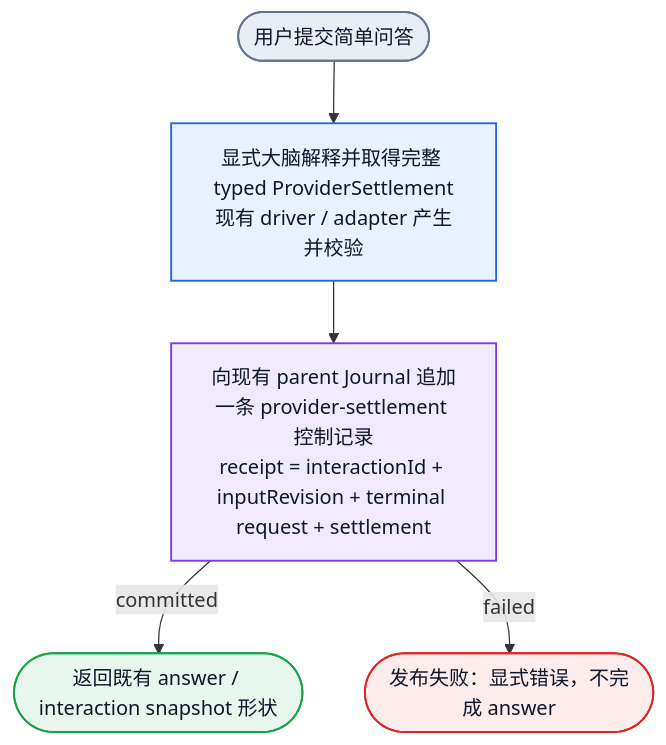
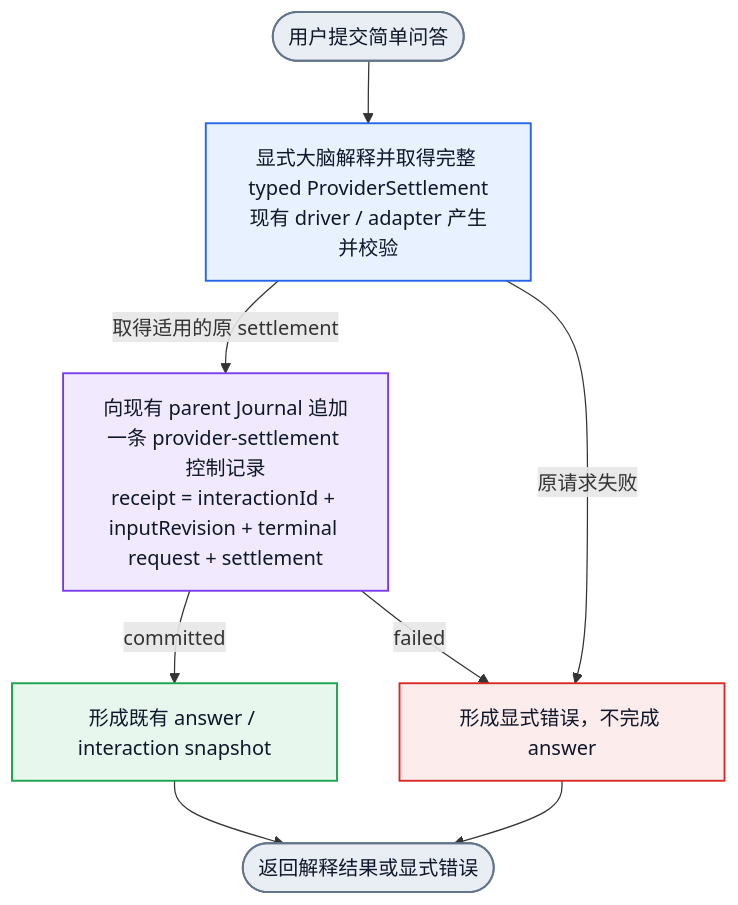
The first of 2 diagrams in docs/architecture/taskless-provider-settlement-design-2026-10-18.md (Jasonzhangf/HumanAgents), drawn with Mermaid before and after one commit. The commit also changed other lines of this file, not shown here.

Commit message:
docs: clarify settlement response boundaries

````diff
--- a/docs/architecture/taskless-provider-settlement-design-2026-10-18.md
+++ b/docs/architecture/taskless-provider-settlement-design-2026-10-18.md
@@ -188,18 +188,23 @@
 ```mermaid
 flowchart TD
   U([用户提交简单问答]):::boundary
   I[显式大脑解释并取得完整 typed ProviderSettlement<br/>现有 driver / adapter 产生并校验]:::action
   P[向现有 parent Journal 追加一条 provider-settlement 控制记录<br/>receipt = interactionId + inputRevision + terminal request + settlement]:::data
-  A([返回既有 answer / interaction snapshot 形状]):::success
-  F([发布失败：显式错误，不完成 answer]):::failure
+  A[形成既有 answer / interaction snapshot]:::success
+  F[形成显式错误，不完成 answer]:::failure
+  O([返回解释结果或显式错误]):::boundary
 
-  U --> I --> P
+  U --> I
+  I -->|取得适用的原 settlement| P
+  I -->|原请求失败| F
   P -->|committed| A
   P -->|failed| F
+  A --> O
+  F --> O
 
   classDef boundary fill:#E9EEF5,stroke:#64748B,color:#0F172A,stroke-width:1.5px
   classDef action fill:#E8F1FF,stroke:#2563EB,color:#0F172A,stroke-width:1.5px
   classDef data fill:#F1EAFE,stroke:#7C3AED,color:#0F172A,stroke-width:1.5px
   classDef success fill:#E8F7EE,stroke:#16A34A,color:#0F172A,stroke-width:1.5px
   classDef failure fill:#FDECEC,stroke:#DC2626,color:#0F172A,stroke-width:1.5px
 ```
````
